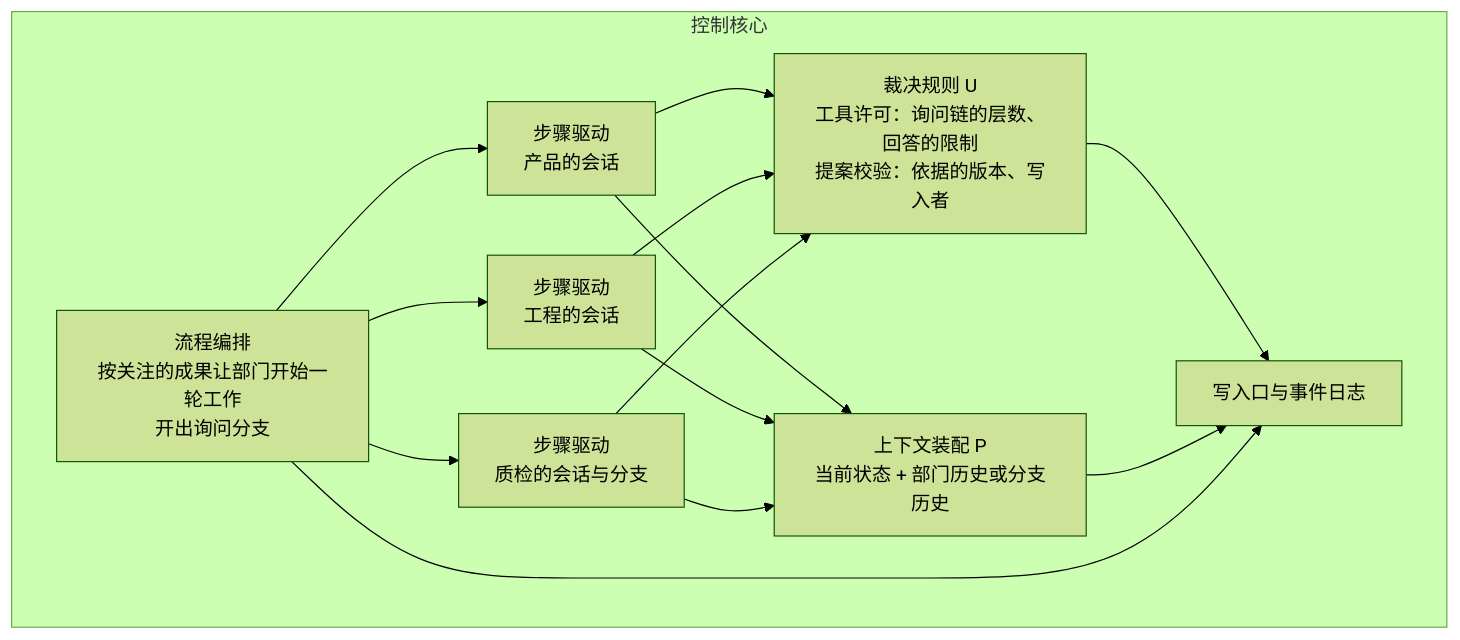
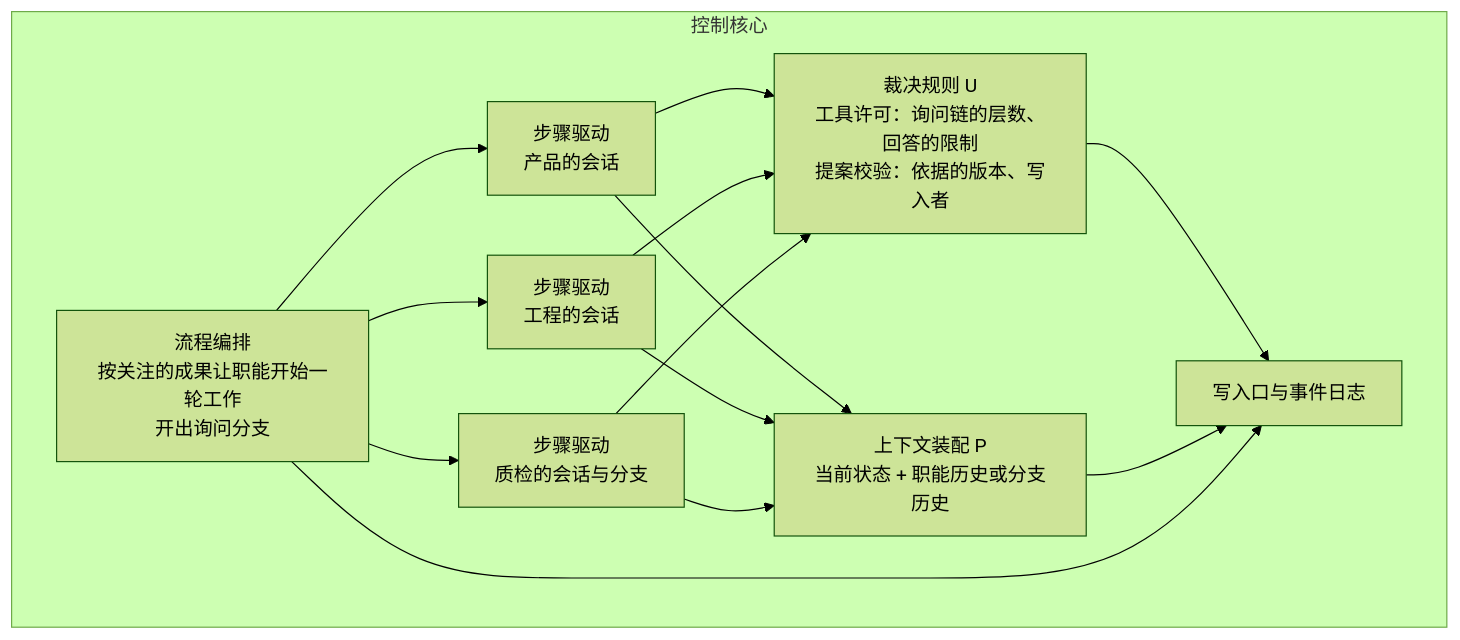
Before and after one commit to bender2333/yudao: the second of 3 diagrams in docs/design/department-loop.md, drawn with Mermaid (forest theme). The commit also changed other lines of this file and 149 other files, not shown here.

````diff
--- a/docs/design/department-loop.md
+++ b/docs/design/department-loop.md
@@ -200,18 +200,18 @@
 ```mermaid
 flowchart TB
     subgraph 控制核心
-        Orc[流程编排<br/>按关注的成果让部门开始一轮工作<br/>开出询问分支]
+        Orc[流程编排<br/>按关注的成果让职能开始一轮工作<br/>开出询问分支]
         Drv1[步骤驱动<br/>产品的会话]
         Drv2[步骤驱动<br/>工程的会话]
         Drv3[步骤驱动<br/>质检的会话与分支]
-        P[上下文装配 P<br/>当前状态 + 部门历史或分支历史]
+        P[上下文装配 P<br/>当前状态 + 职能历史或分支历史]
         U[裁决规则 U<br/>工具许可：询问链的层数、回答的限制<br/>提案校验：依据的版本、写入者]
         W[写入口与事件日志]
     end
     Orc --> Drv1 & Drv2 & Drv3
     Drv1 & Drv2 & Drv3 --> P
     Drv1 & Drv2 & Drv3 --> U
     U --> W
     P --> W
     Orc --> W
 ```
````
